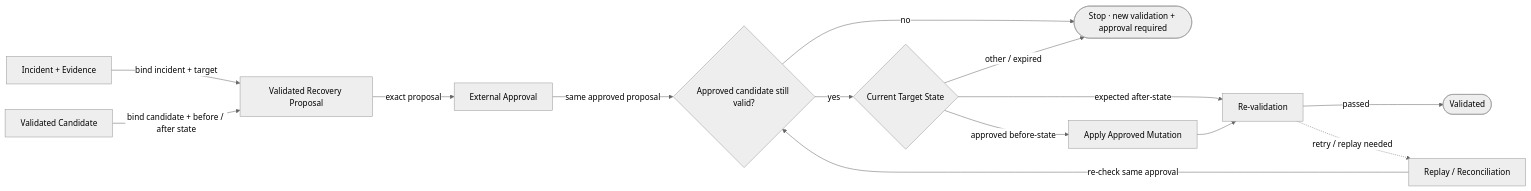
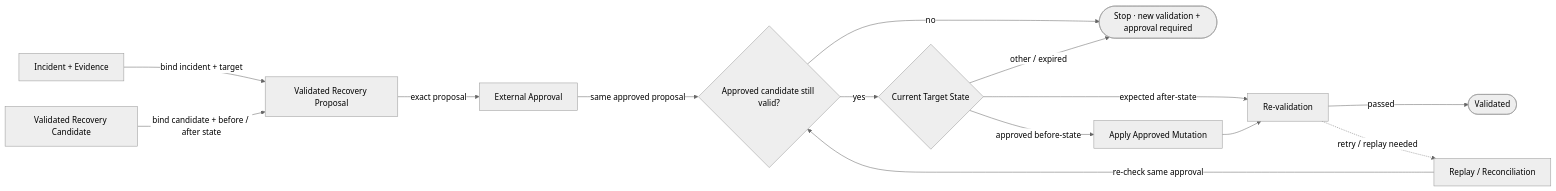
Before and after one commit to mols3131d/hmda-data-reliability: the second of 2 diagrams in docs/domains/reliability.md, drawn with Mermaid (neutral theme).

Commit message:
docs: disambiguate recovery candidate in Mermaid

````diff
--- a/docs/domains/reliability.md
+++ b/docs/domains/reliability.md
@@ -42,19 +42,19 @@
 ```mermaid
 flowchart LR
     incident["Incident + Evidence"] -->|bind incident + target| proposal["Validated Recovery Proposal"]
-    candidate["Validated Candidate"] -->|bind candidate + before / after state| proposal
+    candidate["Validated Recovery Candidate"] -->|bind candidate + before / after state| proposal
     proposal -->|exact proposal| approval["External Approval"]
     approval -->|same approved proposal| recheck{"Approved candidate still valid?"}
 
     recheck -->|no| stop(["Stop · new validation + approval required"])
     recheck -->|yes| gate{"Current Target State"}
 
     gate -->|approved before-state| recovery["Apply Approved Mutation"]
     gate -->|expected after-state| verify["Re-validation"]
     gate -->|other / expired| stop
 
     recovery --> verify
     verify -->|passed| done(["Validated"])
     verify -.->|retry / replay needed| replay["Replay / Reconciliation"]
     replay -->|re-check same approval| recheck
 ```
````
